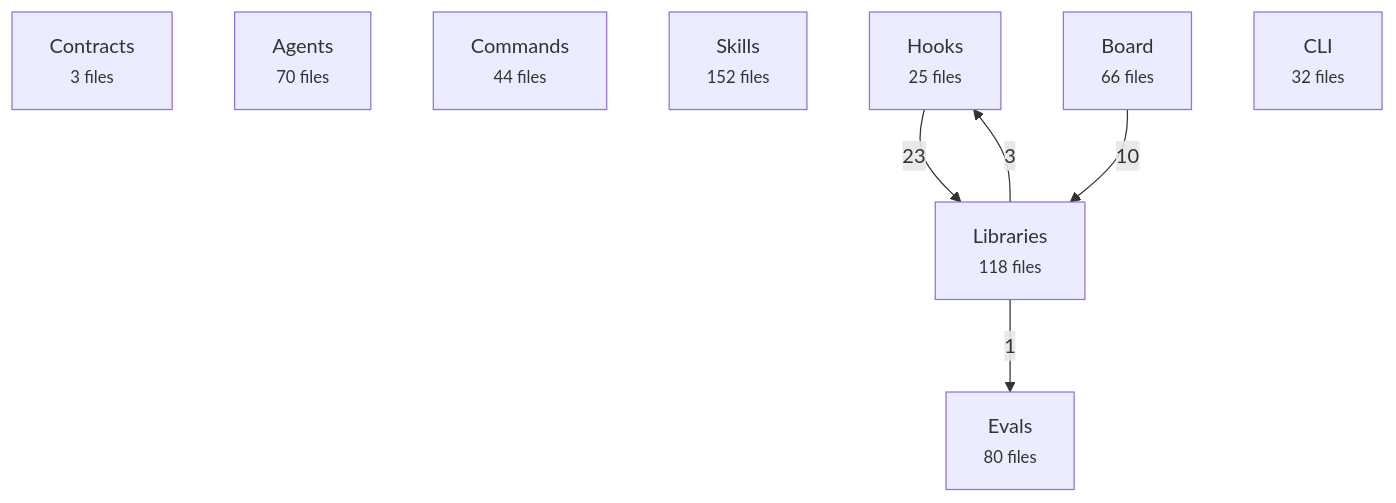
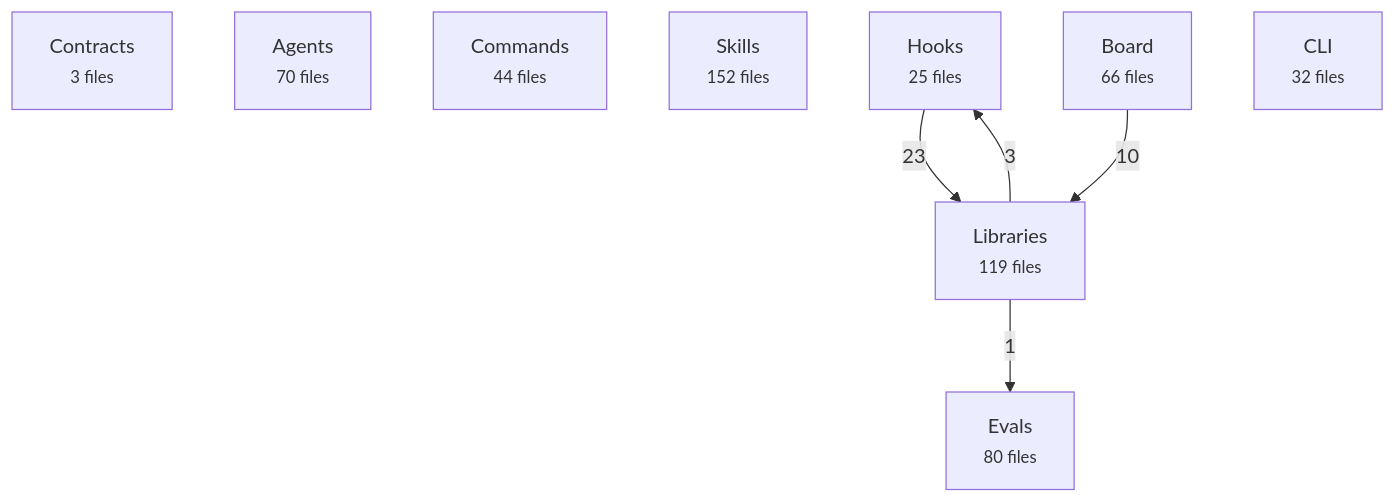
The first of 2 diagrams in docs/reference/architecture-map.md (avelikiy/great_cto), drawn with Mermaid before and after one commit. The commit also changed other lines of this file and 4 other files, not shown here.

````diff
--- a/docs/reference/architecture-map.md
+++ b/docs/reference/architecture-map.md
@@ -20,16 +20,16 @@
 ```mermaid
 flowchart TD
   contracts["Contracts<br/><small>3 files</small>"]
   agents["Agents<br/><small>70 files</small>"]
   commands["Commands<br/><small>44 files</small>"]
   skills["Skills<br/><small>152 files</small>"]
   hooks["Hooks<br/><small>25 files</small>"]
-  libs["Libraries<br/><small>118 files</small>"]
+  libs["Libraries<br/><small>119 files</small>"]
   board["Board<br/><small>66 files</small>"]
   cli["CLI<br/><small>32 files</small>"]
   evals["Evals<br/><small>80 files</small>"]
   hooks -->|23| libs
   board -->|10| libs
   libs -->|3| hooks
   libs -->|1| evals
 ```
````
